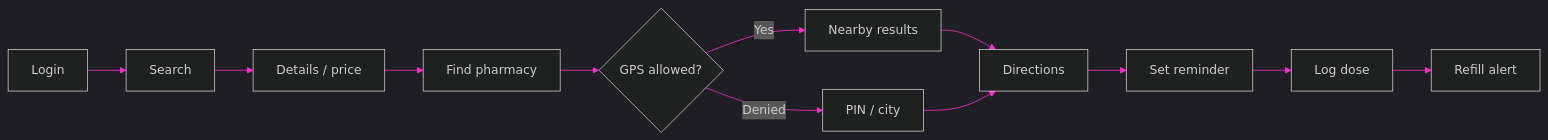
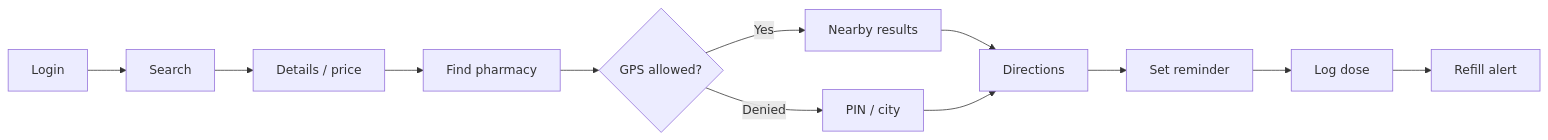
Before and after one commit to ratnsharma21/MediFinder: the third of 5 diagrams in README.md, drawn with Mermaid. The commit also changed other lines of this file, not shown here.

````diff
--- a/README.md
+++ b/README.md
@@ -357,15 +324,14 @@
 ```mermaid
-%%{init: {'theme':'dark','themeVariables': {'primaryColor':'#0f766e','primaryTextColor':'#ccfbf1','lineColor':'#ff2bd6','secondaryColor':'#1e1b4b'}}}%%
 flowchart LR
-  A["Login"] --> B["Search"]
-  B --> C["Details / price"]
-  C --> D["Find pharmacy"]
-  D --> E{"GPS allowed?"}
-  E -->|Yes| F["Nearby results"]
-  E -->|Denied| G["PIN / city"]
-  F --> H["Directions"]
+  A[Login] --> B[Search]
+  B --> C[Details / price]
+  C --> D[Find pharmacy]
+  D --> E{GPS allowed?}
+  E -->|Yes| F[Nearby results]
+  E -->|Denied| G[PIN / city]
+  F --> H[Directions]
   G --> H
-  H --> I["Set reminder"]
-  I --> J["Log dose"]
-  J --> K["Refill alert"]
+  H --> I[Set reminder]
+  I --> J[Log dose]
+  J --> K[Refill alert]
 ```
````
